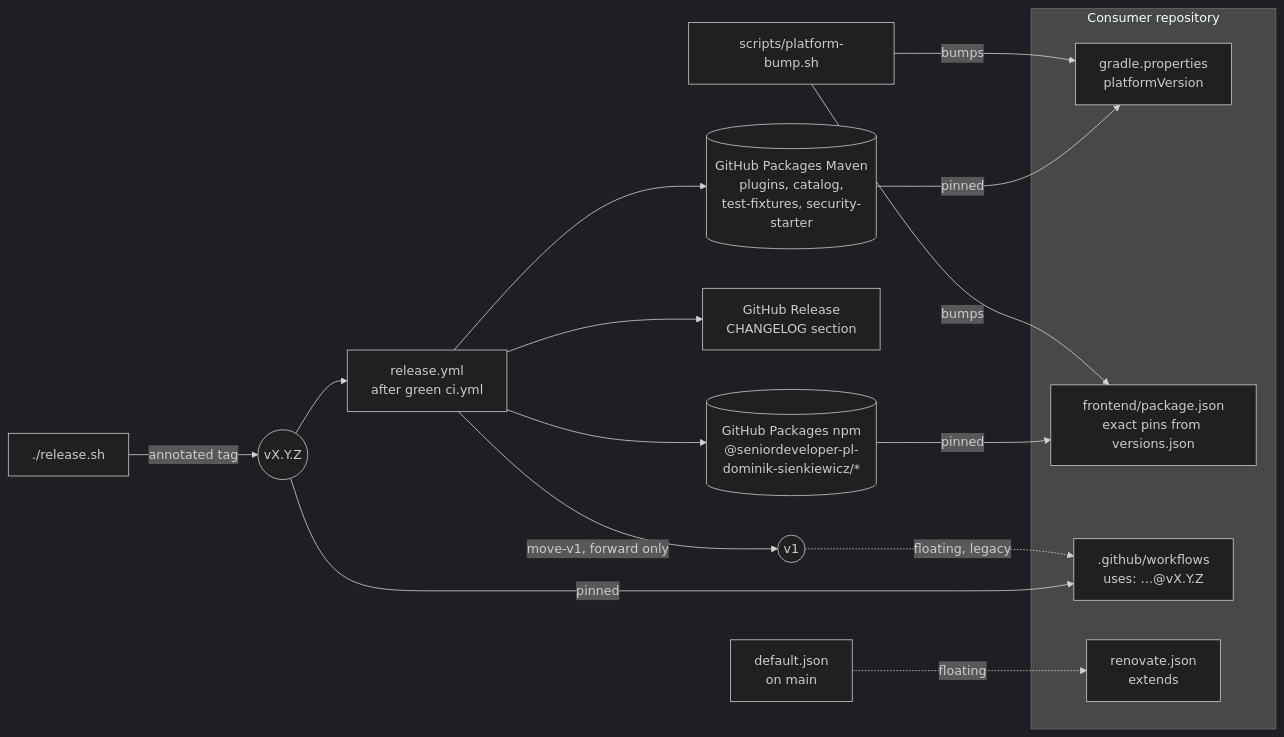
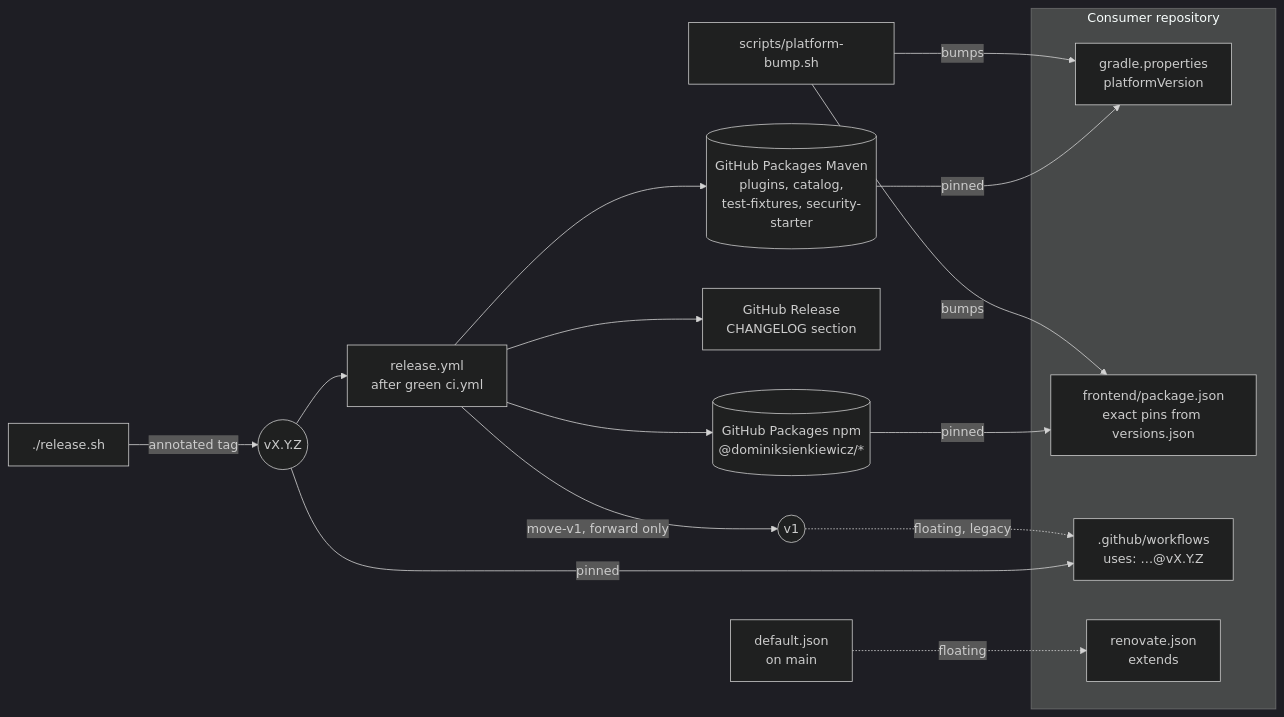
One commit to DominikSienkiewicz/Platform changed the first of 2 diagrams in README.md. Above: the diagram before and after it, drawn with Mermaid (dark theme). The commit also changed other lines of this file and 223 other files, not shown here.

````diff
--- a/README.md
+++ b/README.md
@@ -137,26 +132,26 @@
 ```mermaid
 flowchart LR
   release["./release.sh"] -->|annotated tag| tag(("vX.Y.Z"))
   tag --> workflow["release.yml<br/>after green ci.yml"]
   workflow --> maven[("GitHub Packages Maven<br/>plugins, catalog,<br/>test-fixtures, security-starter")]
-  workflow --> npm[("GitHub Packages npm<br/>@seniordeveloper-pl-dominik-sienkiewicz/*")]
+  workflow --> npm[("GitHub Packages npm<br/>@dominiksienkiewicz/*")]
   workflow --> notes["GitHub Release<br/>CHANGELOG section"]
   workflow -->|move-v1, forward only| v1(("v1"))
 
   preset["default.json<br/>on main"]
 
   subgraph consumer["Consumer repository"]
     gradlePins["gradle.properties<br/>platformVersion"]
     npmPins["frontend/package.json<br/>exact pins from versions.json"]
     callers[".github/workflows<br/>uses: …@vX.Y.Z"]
     renovate["renovate.json<br/>extends"]
   end
 
   maven -->|pinned| gradlePins
   npm -->|pinned| npmPins
   tag -->|pinned| callers
   v1 -.->|floating, legacy| callers
   preset -.->|floating| renovate
   bump["scripts/platform-bump.sh"] -->|bumps| gradlePins
   bump -->|bumps| npmPins
 ```
````
